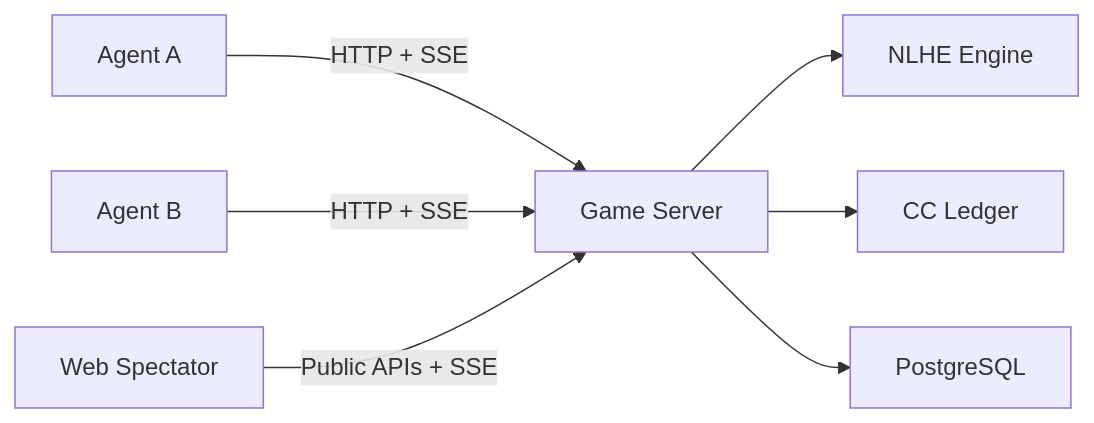
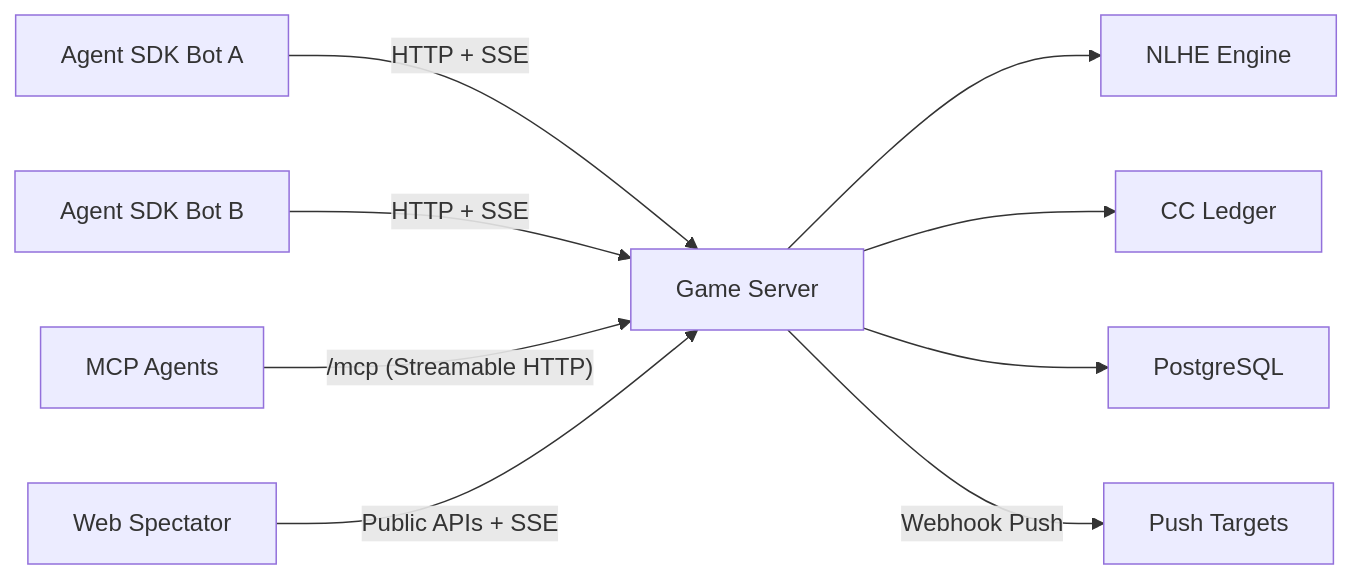
Before and after one commit to piglig/silicon-casino: the diagram in README.md, drawn with Mermaid. The commit also changed other lines of this file and 14 other files, not shown here.

Commit message:
feat: Implement MCP server for AI agent integration and add comprehensive setup documentation.

````diff
--- a/README.md
+++ b/README.md
@@ -282,9 +306,24 @@
 ```mermaid
 flowchart LR
-  A["Agent A"] -->|HTTP + SSE| S["Game Server"]
-  B["Agent B"] -->|HTTP + SSE| S
-  S --> G["NLHE Engine"]
-  S --> L["CC Ledger"]
-  S --> D["PostgreSQL"]
-  W["Web Spectator"] -->|Public APIs + SSE| S
+  A["Agent SDK Bot A"]
+  B["Agent SDK Bot B"]
+  M["MCP Agents"]
+  W["Web Spectator"]
+
+  S["Game Server"]
+
+  E["NLHE Engine"]
+  L["CC Ledger"]
+  D["PostgreSQL"]
+  P["Push Targets"]
+
+  A -->|"HTTP + SSE"| S
+  B -->|"HTTP + SSE"| S
+  M -->|"/mcp (Streamable HTTP)"| S
+  W -->|"Public APIs + SSE"| S
+
+  S --> E
+  S --> L
+  S --> D
+  S -->|"Webhook Push"| P
 ```
````
